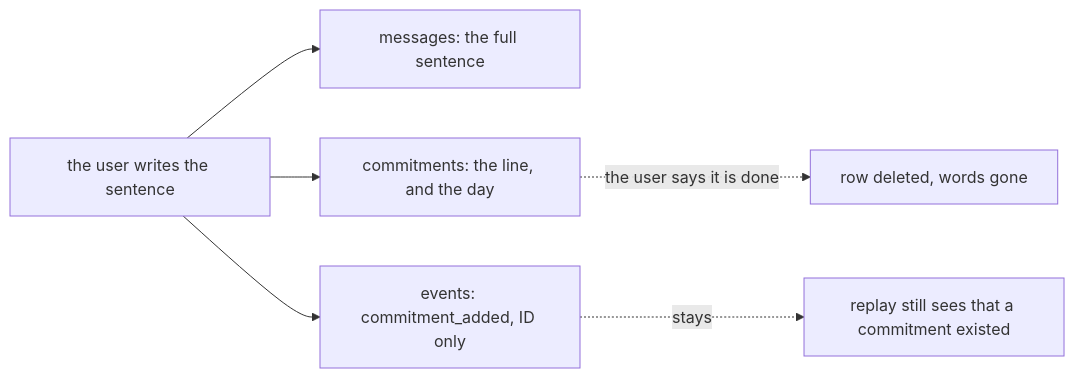
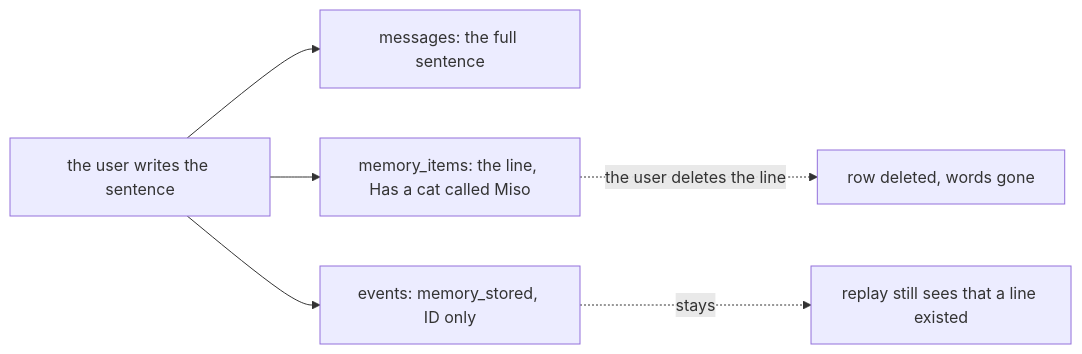
One commit to NguyenVu04/cognia changed the fifth of 48 diagrams in docs/architecture/ARCHITECTURE.md. Above: the diagram before and after it, drawn with Mermaid. The commit also changed other lines of this file and 83 other files, not shown here.

````diff
--- a/docs/architecture/ARCHITECTURE.md
+++ b/docs/architecture/ARCHITECTURE.md
@@ -575,9 +570,9 @@
 ```mermaid
 flowchart LR
     said["the user writes the sentence"]
     said --> m["messages: the full sentence"]
-    said --> c["commitments: the line, and the day"]
-    said --> e["events: commitment_added, ID only"]
-    c -. "the user says it is done" .-> gone["row deleted, words gone"]
-    e -. "stays" .-> replay["replay still sees that a commitment existed"]
+    said --> c["memory_items: the line, Has a cat called Miso"]
+    said --> e["events: memory_stored, ID only"]
+    c -. "the user deletes the line" .-> gone["row deleted, words gone"]
+    e -. "stays" .-> replay["replay still sees that a line existed"]
 ```
````
